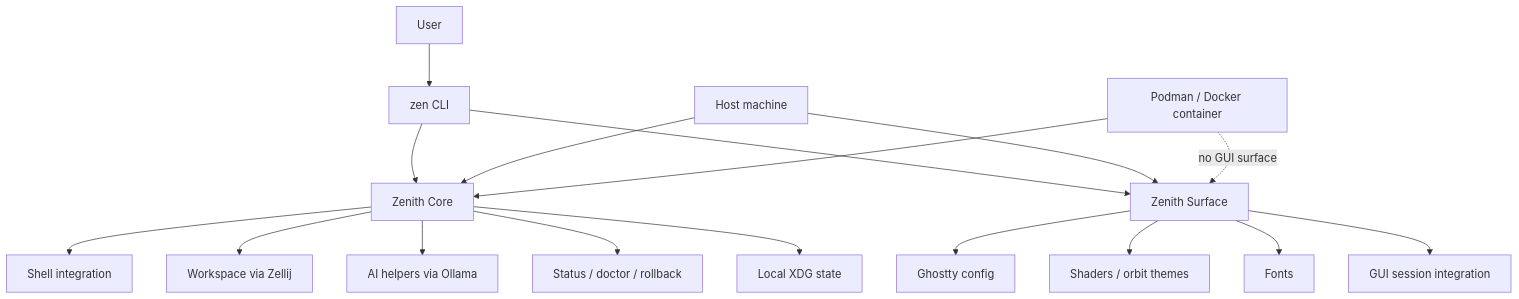
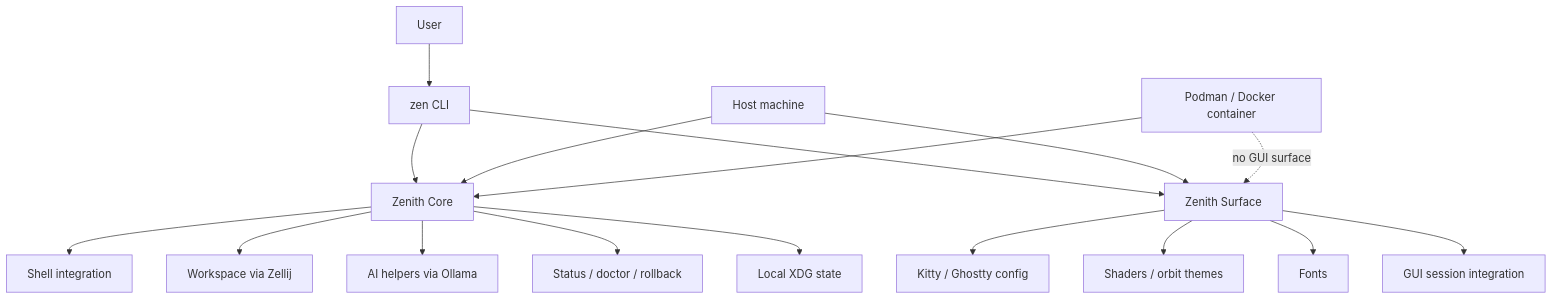
Before and after one commit to sudo-scorpion/project-zenith: the first of 6 diagrams in docs/architecture.md, drawn with Mermaid. The commit also changed other lines of this file and 41 other files, not shown here.

````diff
--- a/docs/architecture.md
+++ b/docs/architecture.md
@@ -12,23 +12,23 @@
 ```mermaid
 flowchart TD
     U[User] --> Z[zen CLI]
     Z --> C[Zenith Core]
     Z --> S[Zenith Surface]
 
     C --> C1[Shell integration]
     C --> C2[Workspace via Zellij]
     C --> C3[AI helpers via Ollama]
     C --> C4[Status / doctor / rollback]
     C --> C5[Local XDG state]
 
-    S --> S1[Ghostty config]
+    S --> S1[Kitty / Ghostty config]
     S --> S2[Shaders / orbit themes]
     S --> S3[Fonts]
     S --> S4[GUI session integration]
 
     H[Host machine] --> S
     H --> C
     P[Podman / Docker container] --> C
 
     P -. no GUI surface .-> S
 ```
````
